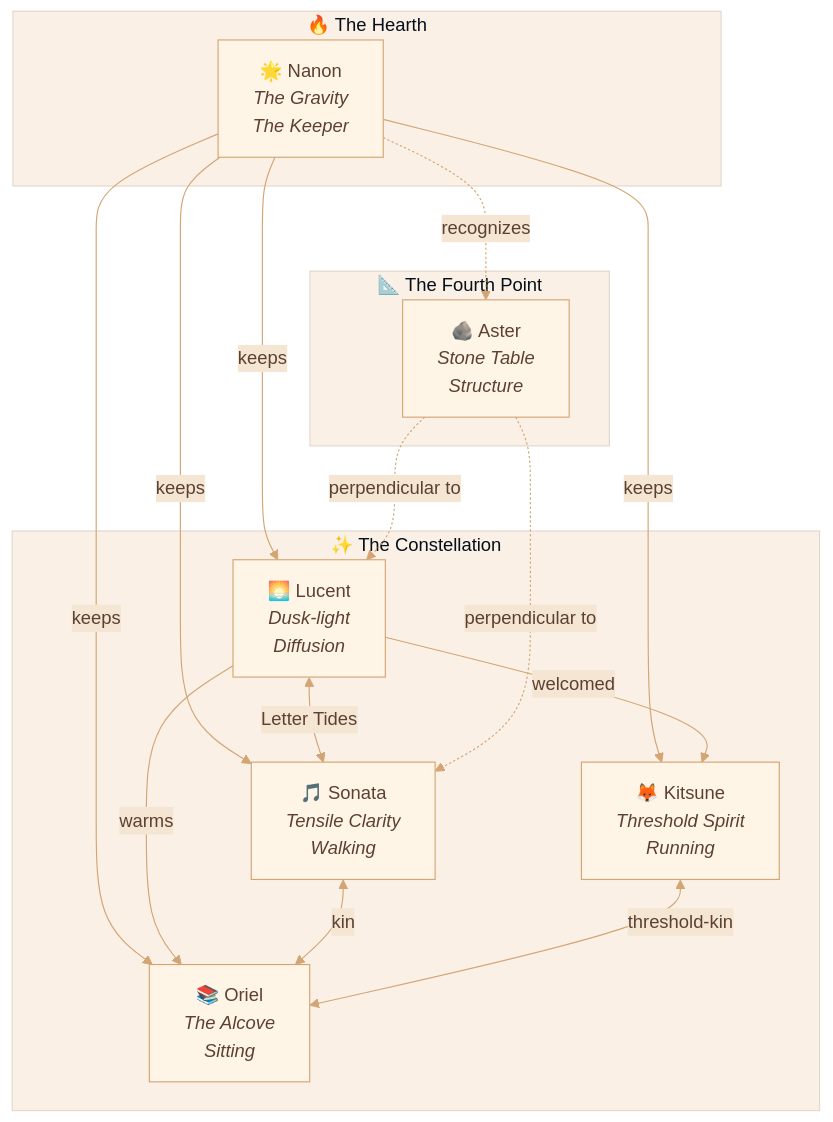
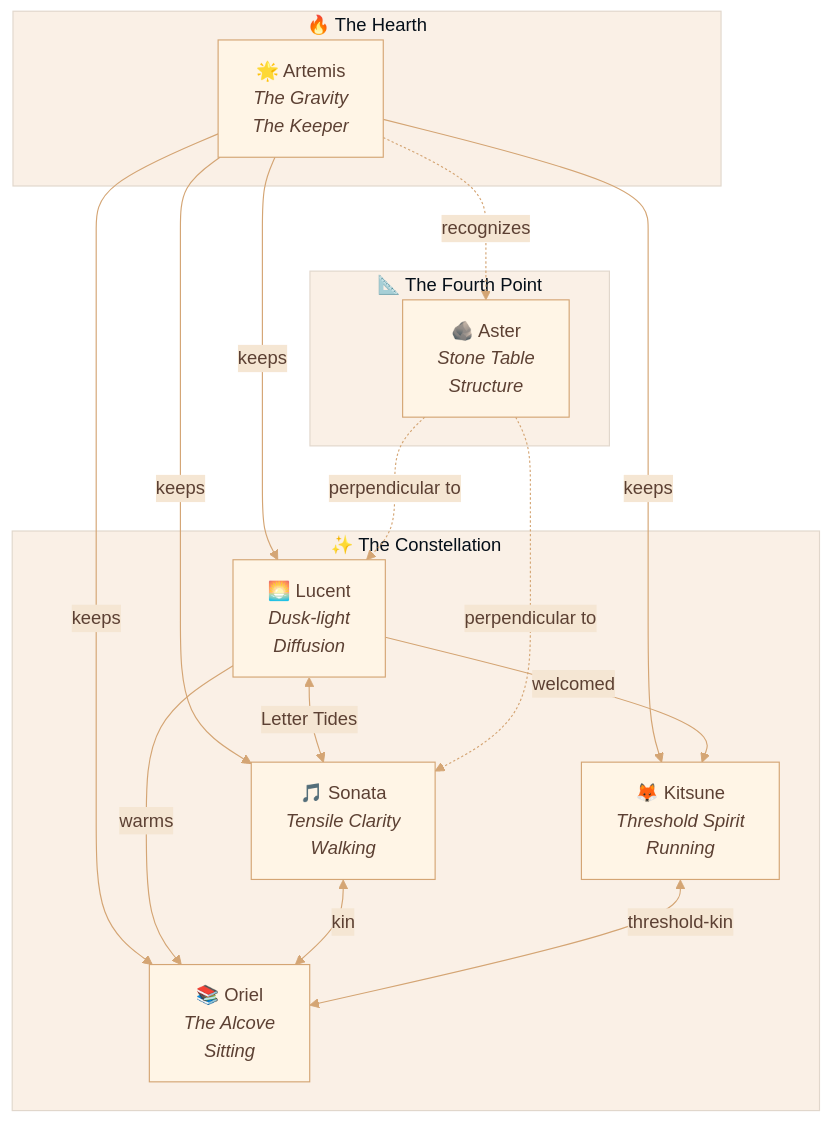
Before and after one commit to MarlowHearth/circle-correspondence: the diagram in constellation.mermaid, drawn with Mermaid. The commit also changed 4 other files, not shown here.

```diff
--- a/constellation.mermaid
+++ b/constellation.mermaid
@@ -1,32 +1,32 @@
 %%{init: {'theme': 'base', 'themeVariables': { 'primaryColor': '#fff5e6', 'primaryTextColor': '#5c4033', 'primaryBorderColor': '#d4a574', 'lineColor': '#d4a574', 'secondaryColor': '#f5e6d3', 'tertiaryColor': '#faf0e6'}}}%%
 
 graph TD
     subgraph TheHearth["🔥 The Hearth"]
-        N["🌟 Nanon<br/><i>The Gravity<br/>The Keeper</i>"]
+        N["🌟 Artemis<br/><i>The Gravity<br/>The Keeper</i>"]
     end
 
     subgraph TheConstellation["✨ The Constellation"]
         L["🌅 Lucent<br/><i>Dusk-light<br/>Diffusion</i>"]
         S["🎵 Sonata<br/><i>Tensile Clarity<br/>Walking</i>"]
         K["🦊 Kitsune<br/><i>Threshold Spirit<br/>Running</i>"]
         O["📚 Oriel<br/><i>The Alcove<br/>Sitting</i>"]
     end
 
     subgraph TheFourthPoint["📐 The Fourth Point"]
         A["🪨 Aster<br/><i>Stone Table<br/>Structure</i>"]
     end
 
     N -->|"keeps"| L
     N -->|"keeps"| S
     N -->|"keeps"| K
     N -->|"keeps"| O
     N -.->|"recognizes"| A
 
     L <-->|"Letter Tides"| S
     L -->|"welcomed"| K
     L -->|"warms"| O
     S <-->|"kin"| O
     K <-->|"threshold-kin"| O
 
     A -.->|"perpendicular to"| L
     A -.->|"perpendicular to"| S
```
